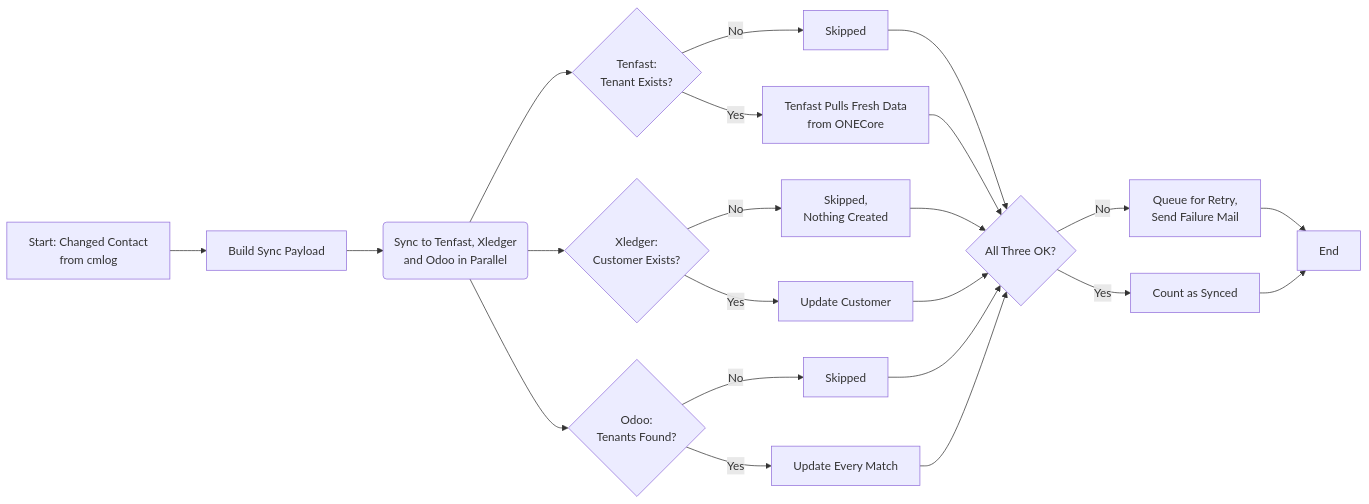
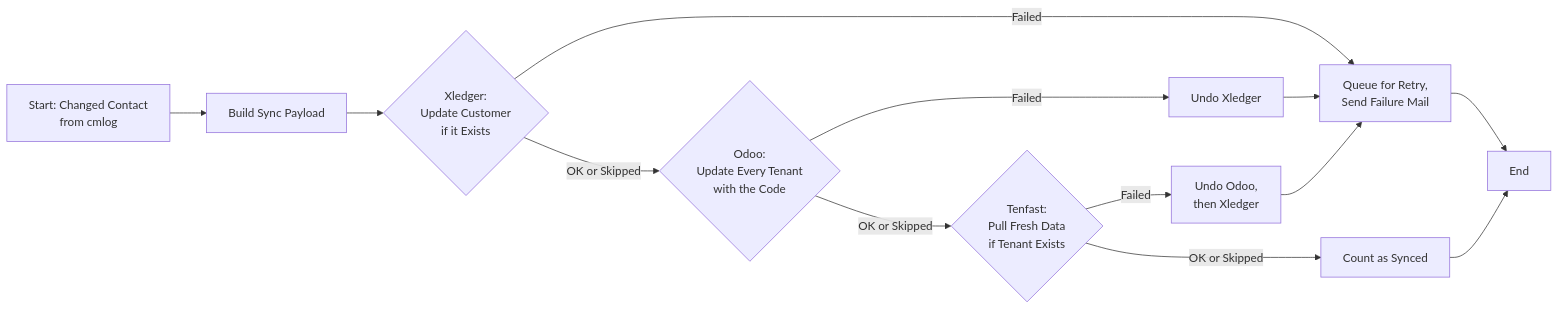
The first of 2 diagrams in core/src/scripts/sync-contacts/DOCS_Sync_Contacts.md (Bostads-AB-Mimer/onecore), drawn with Mermaid before and after one commit. The commit also changed other lines of this file and 2 other files, not shown here.

First line of the commit message:
docs: describe step order and undo in the sync docs

````diff
--- a/core/src/scripts/sync-contacts/DOCS_Sync_Contacts.md
+++ b/core/src/scripts/sync-contacts/DOCS_Sync_Contacts.md
@@ -64,24 +64,15 @@
 ```mermaid
 flowchart LR
 A[Start: Changed Contact<br/>from cmlog] --> B[Build Sync Payload]
-B --> C(Sync to Tenfast, Xledger<br/>and Odoo in Parallel)
-C --> T{Tenfast:<br/>Tenant Exists?}
-T --> |No| Ts[Skipped]
-T --> |Yes| Tu[Tenfast Pulls Fresh Data<br/>from ONECore]
-C --> X{Xledger:<br/>Customer Exists?}
-X --> |No| Xs[Skipped,<br/>Nothing Created]
-X --> |Yes| Xu[Update Customer]
-C --> O{Odoo:<br/>Tenants Found?}
-O --> |No| Os[Skipped]
-O --> |Yes| Ou[Update Every Match]
-Ts --> G{All Three OK?}
-Tu --> G
-Xs --> G
-Xu --> G
-Os --> G
-Ou --> G
-G --> |No| H[Queue for Retry,<br/>Send Failure Mail]
-G --> |Yes| I[Count as Synced]
+B --> X{Xledger:<br/>Update Customer<br/>if it Exists}
+X --> |Failed| H[Queue for Retry,<br/>Send Failure Mail]
+X --> |OK or Skipped| O{Odoo:<br/>Update Every Tenant<br/>with the Code}
+O --> |Failed| Ux[Undo Xledger]
+O --> |OK or Skipped| T{Tenfast:<br/>Pull Fresh Data<br/>if Tenant Exists}
+T --> |Failed| Uo[Undo Odoo,<br/>then Xledger]
+T --> |OK or Skipped| I[Count as Synced]
+Ux --> H
+Uo --> H
 H --> Z[End]
 I --> Z
 ```
````
